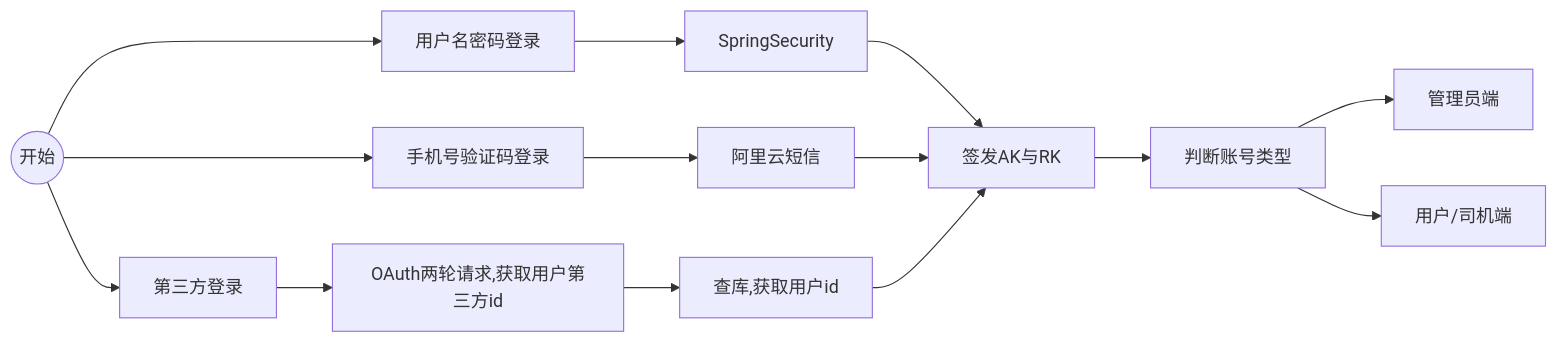
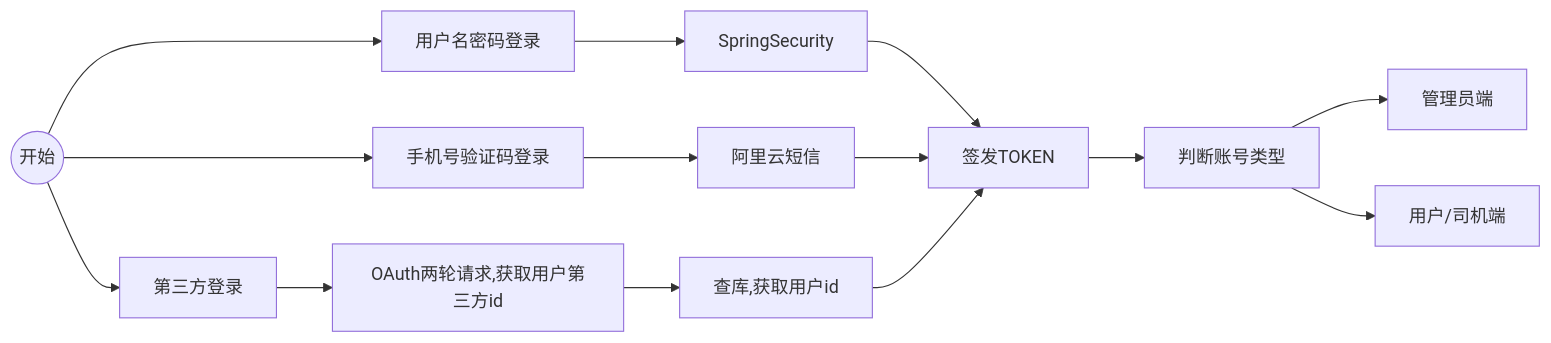
One commit to npu-carpooling-system-team/carpooling-document changed the third of 5 diagrams in 详细设计.md. Above: the diagram before and after it, drawn with Mermaid. The commit also changed other lines of this file and 1 other file, not shown here.

````diff
--- a/详细设计.md
+++ b/详细设计.md
@@ -211,16 +218,16 @@
 ```mermaid
 graph LR
 	A((开始)) --> 用户名密码登录
 	A((开始)) --> 手机号验证码登录
 	A((开始)) --> 第三方登录
 	用户名密码登录 --> SpringSecurity
 	手机号验证码登录 --> 阿里云短信
 	第三方登录 --> OAuth两轮请求,获取用户第三方id
 	OAuth两轮请求,获取用户第三方id --> 查库,获取用户id
-	SpringSecurity --> 签发AK与RK
-	阿里云短信 --> 签发AK与RK
-	查库,获取用户id --> 签发AK与RK
-	签发AK与RK --> 判断账号类型
+	SpringSecurity --> 签发TOKEN
+	阿里云短信 --> 签发TOKEN
+	查库,获取用户id --> 签发TOKEN
+	签发TOKEN --> 判断账号类型
 	判断账号类型 --> 管理员端
 	判断账号类型 --> 用户/司机端
 ```
````
